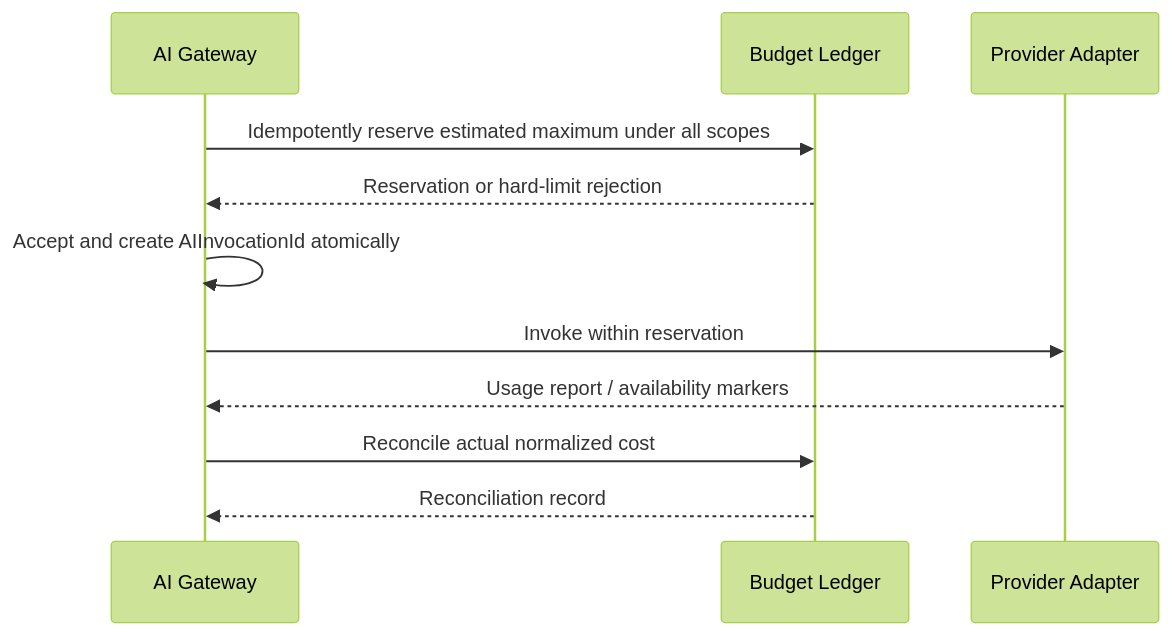
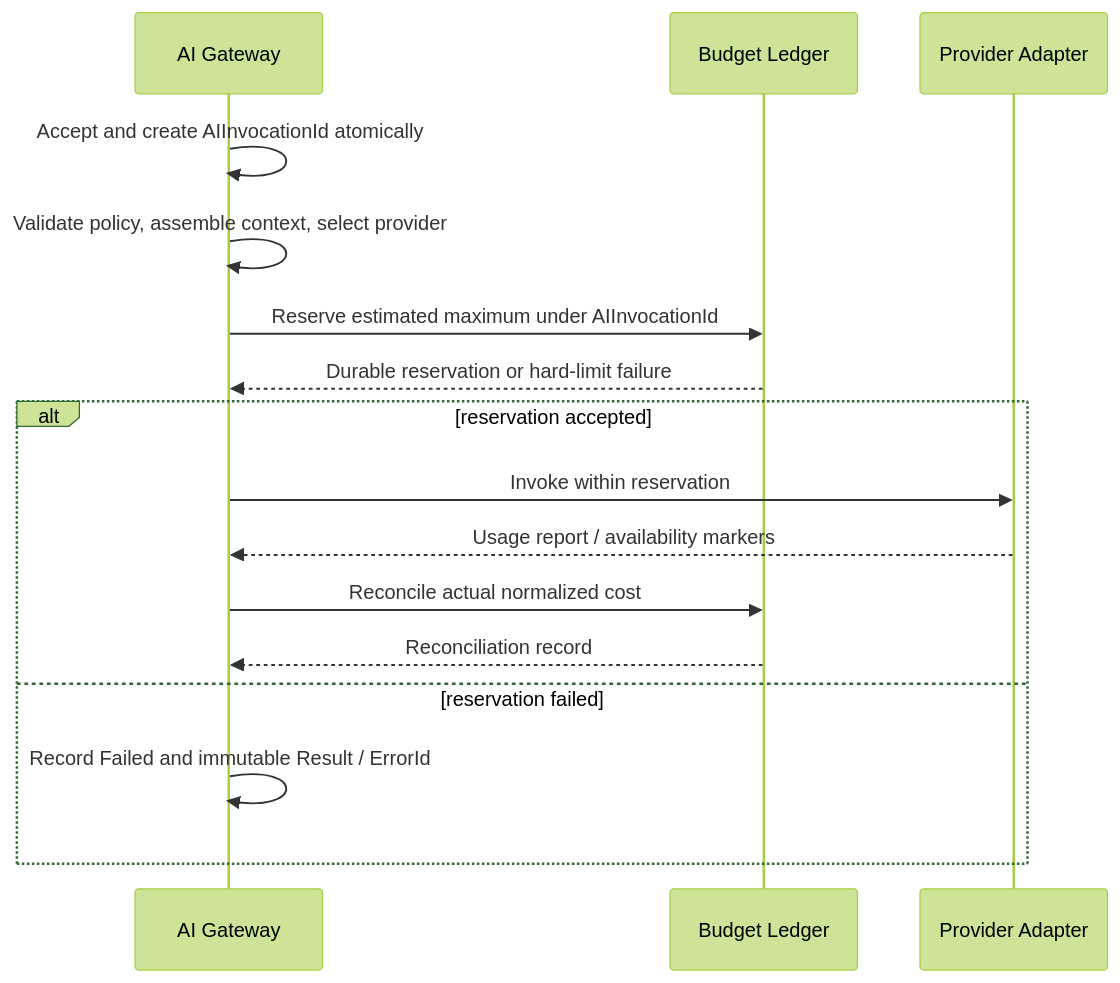
One commit to mayurbhavsar04/AIEOS changed the third of 4 diagrams in docs/architecture/ModelRoutingAndBudgeting.md. Above: the diagram before and after it, drawn with Mermaid (forest theme). The commit also changed other lines of this file and 7 other files, not shown here.

````diff
--- a/docs/architecture/ModelRoutingAndBudgeting.md
+++ b/docs/architecture/ModelRoutingAndBudgeting.md
@@ -79,13 +79,18 @@
 ```mermaid
 sequenceDiagram
     participant G as AI Gateway
     participant L as Budget Ledger
     participant A as Provider Adapter
-    G->>L: Idempotently reserve estimated maximum under all scopes
-    L-->>G: Reservation or hard-limit rejection
     G->>G: Accept and create AIInvocationId atomically
+    G->>G: Validate policy, assemble context, select provider
+    G->>L: Reserve estimated maximum under AIInvocationId
+    L-->>G: Durable reservation or hard-limit failure
+    alt reservation accepted
     G->>A: Invoke within reservation
     A-->>G: Usage report / availability markers
     G->>L: Reconcile actual normalized cost
     L-->>G: Reconciliation record
+    else reservation failed
+    G->>G: Record Failed and immutable Result / ErrorId
+    end
 ```
````
